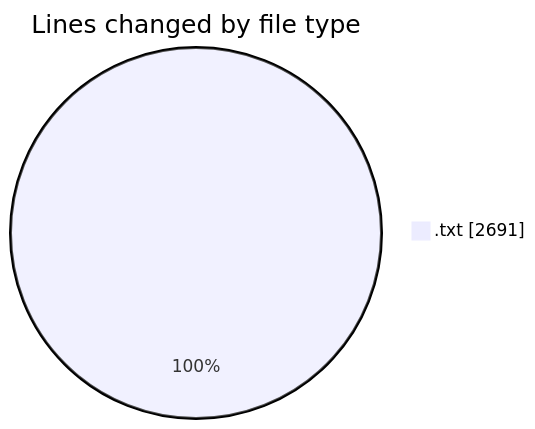
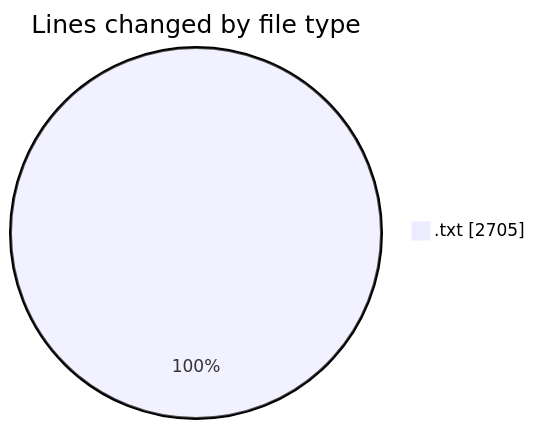
The first of 2 diagrams in 2025-02-16/iptv_moreel_me/README.md (momahboobian/code-tracking), drawn with Mermaid before and after one commit. The commit also changed other lines of this file and 1 other file, not shown here.

````diff
--- a/2025-02-16/iptv_moreel_me/README.md
+++ b/2025-02-16/iptv_moreel_me/README.md
@@ -20,5 +20,5 @@
 ```mermaid
 pie showData
 title Lines changed by file type
-".txt" : 2691
+".txt" : 2705
 ```
````
